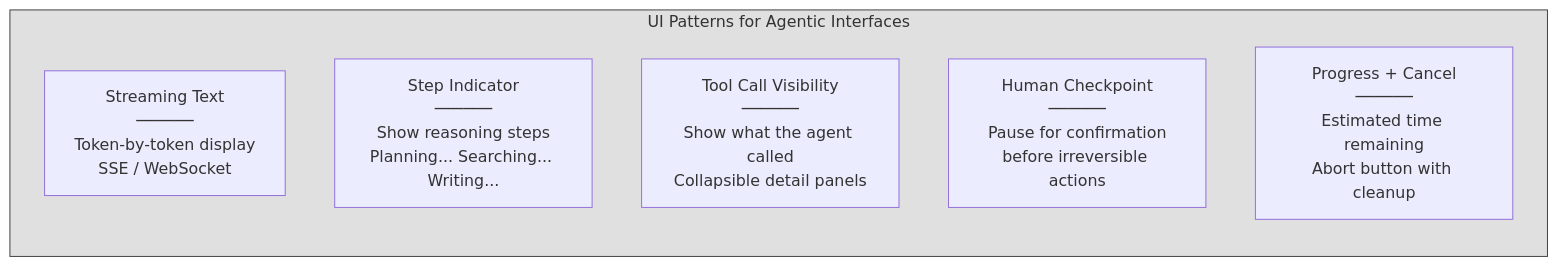
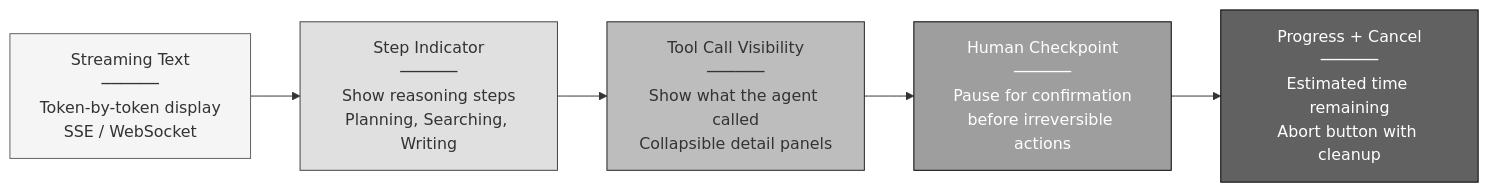
Before and after one commit to Shekharrajak/agent-design-patterns: the sixth of 6 diagrams in docs/posts/05-agents-in-web-applications.md, drawn with Mermaid. The commit also changed other lines of this file and 7 other files, not shown here.

Commit message:
fix: resolve Mermaid rendering issues across all chapters

````diff
--- a/docs/posts/05-agents-in-web-applications.md
+++ b/docs/posts/05-agents-in-web-applications.md
@@ -180,13 +180,10 @@
 ```mermaid
-graph TB
-    subgraph PATTERNS["UI Patterns for Agentic Interfaces"]
-        direction TB
-        P1["Streaming Text<br/>──────<br/>Token-by-token display<br/>SSE / WebSocket"]
-        P2["Step Indicator<br/>──────<br/>Show reasoning steps<br/>Planning... Searching... Writing..."]
-        P3["Tool Call Visibility<br/>──────<br/>Show what the agent called<br/>Collapsible detail panels"]
-        P4["Human Checkpoint<br/>──────<br/>Pause for confirmation<br/>before irreversible actions"]
-        P5["Progress + Cancel<br/>──────<br/>Estimated time remaining<br/>Abort button with cleanup"]
-    end
+graph LR
+    P1["Streaming Text<br/>──────<br/>Token-by-token display<br/>SSE / WebSocket"] --> P2["Step Indicator<br/>──────<br/>Show reasoning steps<br/>Planning, Searching, Writing"] --> P3["Tool Call Visibility<br/>──────<br/>Show what the agent called<br/>Collapsible detail panels"] --> P4["Human Checkpoint<br/>──────<br/>Pause for confirmation<br/>before irreversible actions"] --> P5["Progress + Cancel<br/>──────<br/>Estimated time remaining<br/>Abort button with cleanup"]
 
-    style PATTERNS fill:#e0e0e0,stroke:#424242
+    style P1 fill:#f5f5f5,stroke:#616161
+    style P2 fill:#e0e0e0,stroke:#424242
+    style P3 fill:#bdbdbd,stroke:#212121
+    style P4 fill:#9e9e9e,stroke:#000,color:#fff
+    style P5 fill:#616161,stroke:#000,color:#fff
 ```
````
